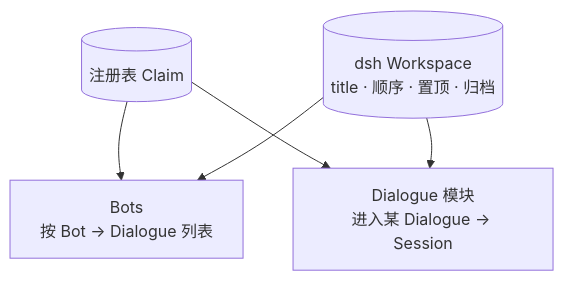
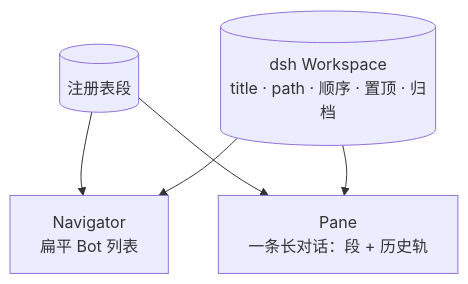
One commit to aningdev/MyAid changed the sixth of 6 diagrams in docs/BOT_SESSION_MAP.md. Above: the diagram before and after it, drawn with Mermaid. The commit also changed other lines of this file and 58 other files, not shown here.

````diff
--- a/docs/BOT_SESSION_MAP.md
+++ b/docs/BOT_SESSION_MAP.md
@@ -133,11 +131,11 @@
 ```mermaid
 flowchart TB
-  claims[(注册表 Claim)]
-  ws[(dsh Workspace<br/>title · 顺序 · 置顶 · 归档)]
-  bots["Bots<br/>按 Bot → Dialogue 列表"]
-  chat["Dialogue 模块<br/>进入某 Dialogue → Session"]
-  claims --> bots
-  claims --> chat
+  seg[(注册表段)]
+  ws[(dsh Workspace<br/>title · path · 顺序 · 置顶 · 归档)]
+  bots["Navigator<br/>扁平 Bot 列表"]
+  chat["Pane<br/>一条长对话：段 + 历史轨"]
+  seg --> bots
+  seg --> chat
   ws --> bots
   ws --> chat
 ```
````
